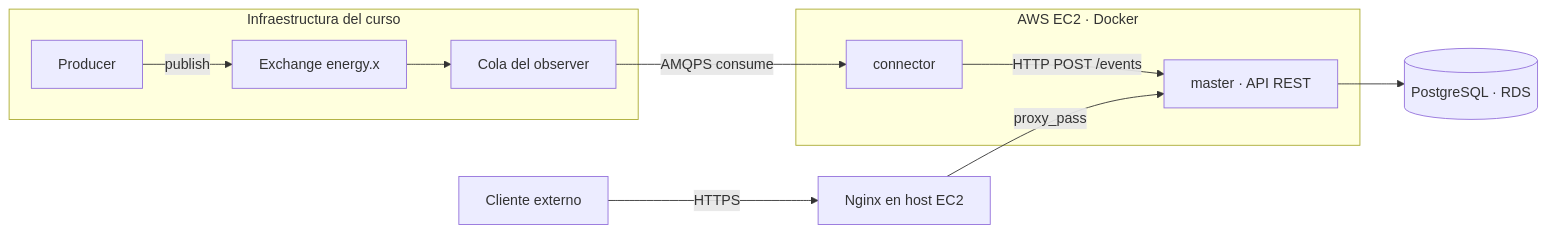
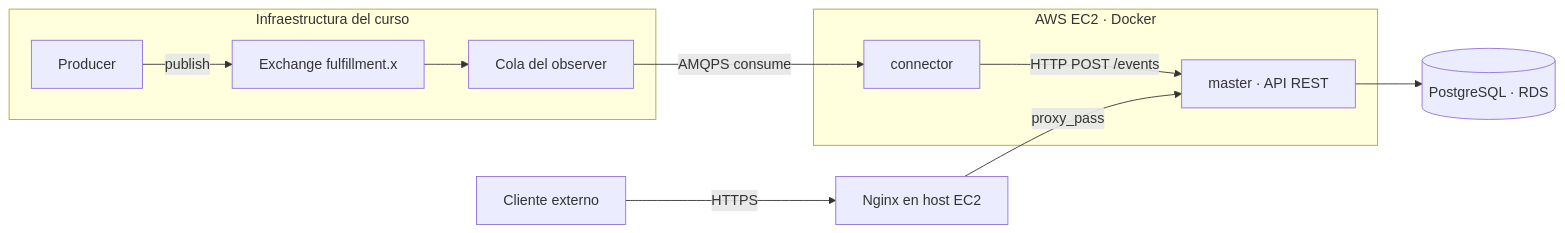
The diagram in README.md (Pedr0sit0s/iic2173-energyshark), drawn with Mermaid before and after one commit. The commit also changed other lines of this file, not shown here.

First line of the commit message:
docs(readme): reflect etapa 7 status and correct broker exchange name

````diff
--- a/README.md
+++ b/README.md
@@ -22,23 +23,23 @@
 ```mermaid
 flowchart LR
     subgraph Curso[Infraestructura del curso]
         P[Producer]
-        X[Exchange energy.x]
+        X[Exchange fulfillment.x]
         Q[Cola del observer]
     end
     subgraph EC2[AWS EC2 · Docker]
         C[connector]
         M[master · API REST]
     end
     DB[(PostgreSQL · RDS)]
     N[Nginx en host EC2]
     Cliente[Cliente externo]
 
     P -->|publish| X
     X --> Q
     Q -->|AMQPS consume| C
     C -->|HTTP POST /events| M
     M --> DB
     Cliente -->|HTTPS| N
     N -->|proxy_pass| M
 ```
````
